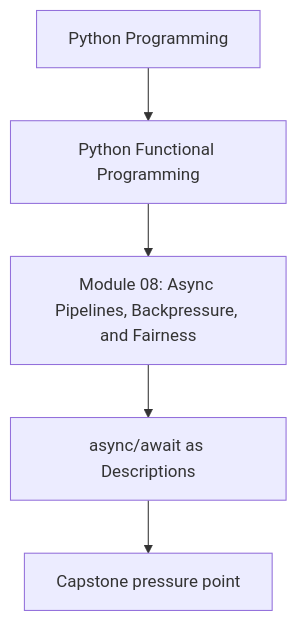
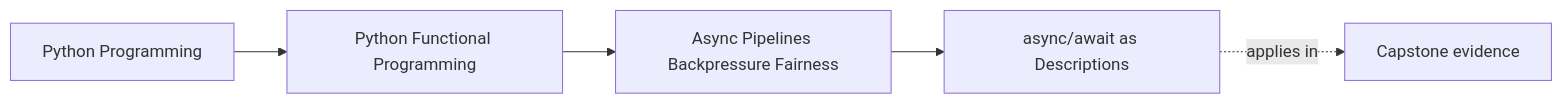
Before and after one commit to bijux/bijux-masterclass: the first of 2 diagrams in programs/python-programming/python-functional-programming/course-book/module-08-async-pipelines-backpressure-fairness/async-await-as-descriptions.md, drawn with Mermaid. The commit also changed other lines of this file and 108 other files, not shown here.

Commit message:
docs(python-functional-programming): map capstone and advanced design surfaces

````diff
--- a/programs/python-programming/python-functional-programming/course-book/module-08-async-pipelines-backpressure-fairness/async-await-as-descriptions.md
+++ b/programs/python-programming/python-functional-programming/course-book/module-08-async-pipelines-backpressure-fairness/async-await-as-descriptions.md
@@ -6,7 +6,11 @@
 ```mermaid
-flowchart TD
-  family["Python Programming"] --> program["Python Functional Programming"]
-  program --> module["Module 08: Async Pipelines, Backpressure, and Fairness"]
-  module --> concept["async/await as Descriptions"]
-  concept --> capstone["Capstone pressure point"]
+graph LR
+  family["Python Programming"]
+  program["Python Functional Programming"]
+  section["Async Pipelines Backpressure Fairness"]
+  page["async/await as Descriptions"]
+  capstone["Capstone evidence"]
+
+  family --> program --> section --> page
+  page -.applies in.-> capstone
 ```
````
